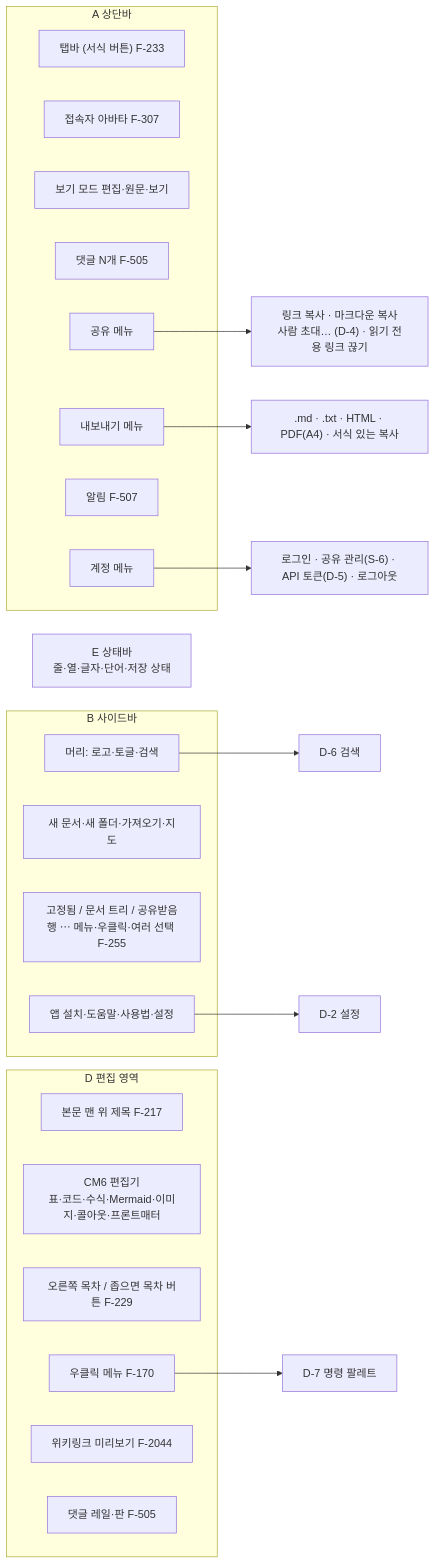
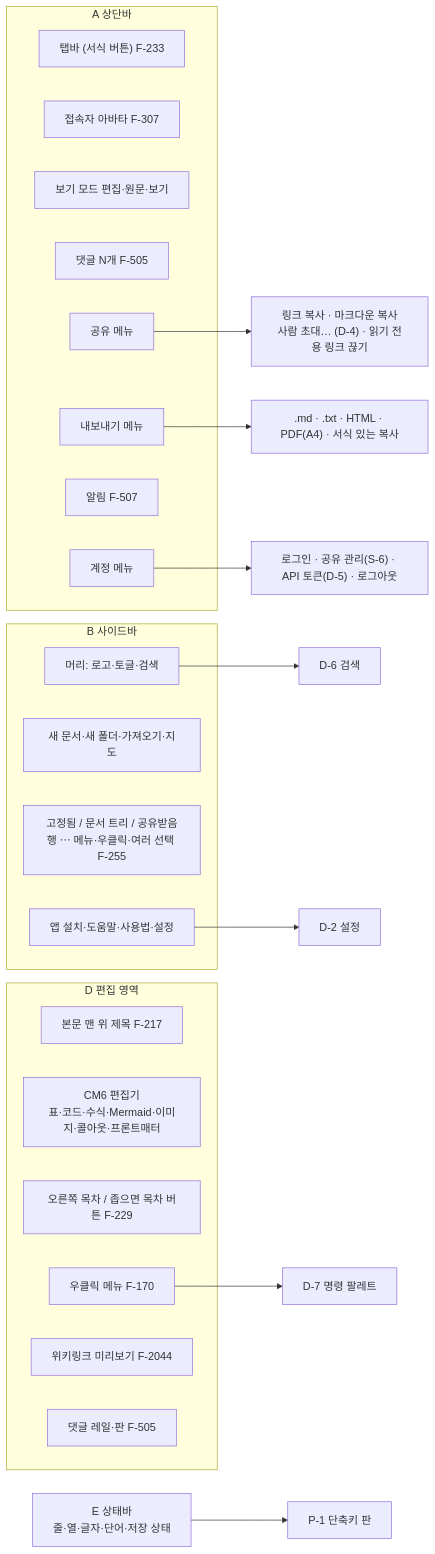
One commit to R00neyj/rawdoc changed the third of 5 diagrams in specs/map.md. Above: the diagram before and after it, drawn with Mermaid. The commit also changed other lines of this file and 25 other files, not shown here.

````diff
--- a/specs/map.md
+++ b/specs/map.md
@@ -67,35 +67,36 @@
 ```mermaid
 flowchart LR
   subgraph A["A 상단바"]
     A1["탭바 (서식 버튼) F-233"]
     A2["접속자 아바타 F-307"]
     A3["보기 모드 편집·원문·보기"]
     A4["댓글 N개 F-505"]
     A5["공유 메뉴"]
     A6["내보내기 메뉴"]
     A7["알림 F-507"]
     A8["계정 메뉴"]
   end
   subgraph B["B 사이드바"]
     B1["머리: 로고·토글·검색"]
     B2["새 문서·새 폴더·가져오기·지도"]
     B3["고정됨 / 문서 트리 / 공유받음<br/>행 ⋯ 메뉴·우클릭·여러 선택 F-255"]
     B4["앱 설치·도움말·사용법·설정"]
   end
   subgraph D["D 편집 영역"]
     D1["본문 맨 위 제목 F-217"]
     D2["CM6 편집기<br/>표·코드·수식·Mermaid·이미지·콜아웃·프론트매터"]
     D3["오른쪽 목차 / 좁으면 목차 버튼 F-229"]
     D4["우클릭 메뉴 F-170"]
     D5["위키링크 미리보기 F-2044"]
     D6["댓글 레일·판 F-505"]
   end
   E["E 상태바<br/>줄·열·글자·단어·저장 상태"]
 
   A5 --> share["링크 복사 · 마크다운 복사<br/>사람 초대… (D-4) · 읽기 전용 링크 끊기"]
   A6 --> export[".md · .txt · HTML · PDF(A4) · 서식 있는 복사"]
   A8 --> account["로그인 · 공유 관리(S-6) · API 토큰(D-5) · 로그아웃"]
   B1 --> D6dlg["D-6 검색"]
   B4 --> D2dlg["D-2 설정"]
   D4 --> D7dlg["D-7 명령 팔레트"]
+  E --> P1["P-1 단축키 판"]
 ```
````
